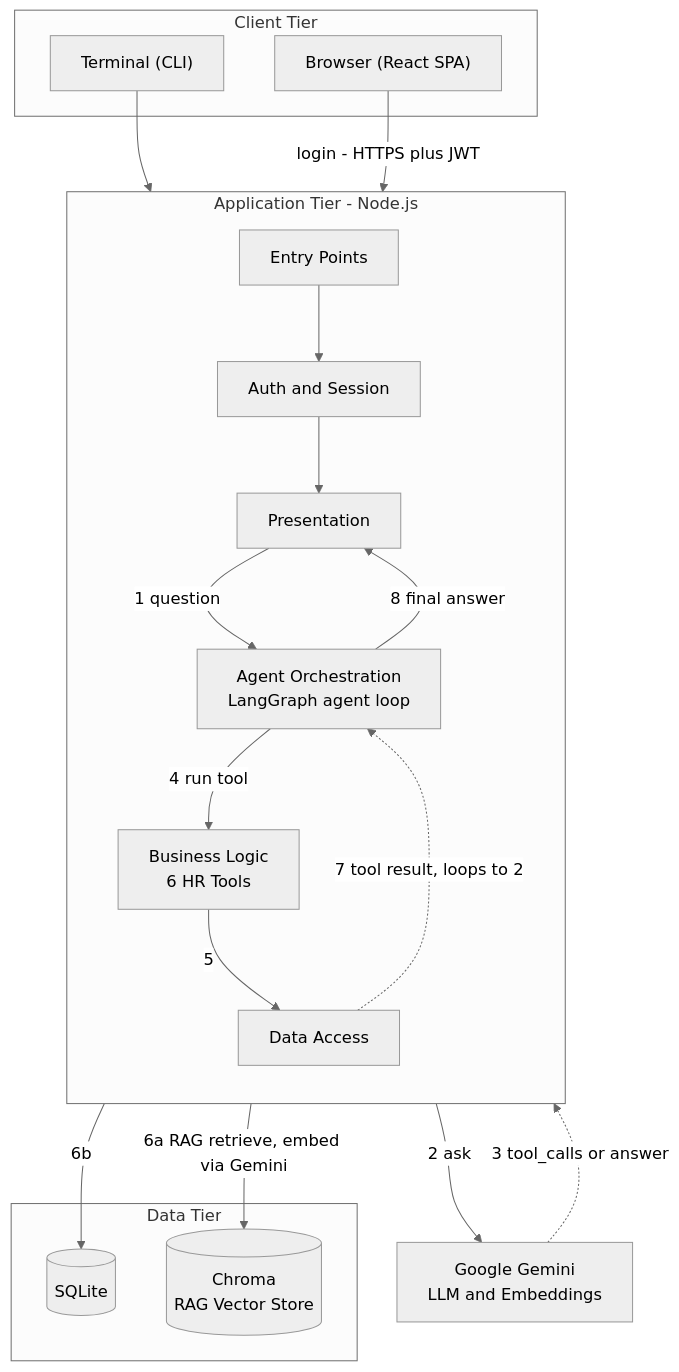
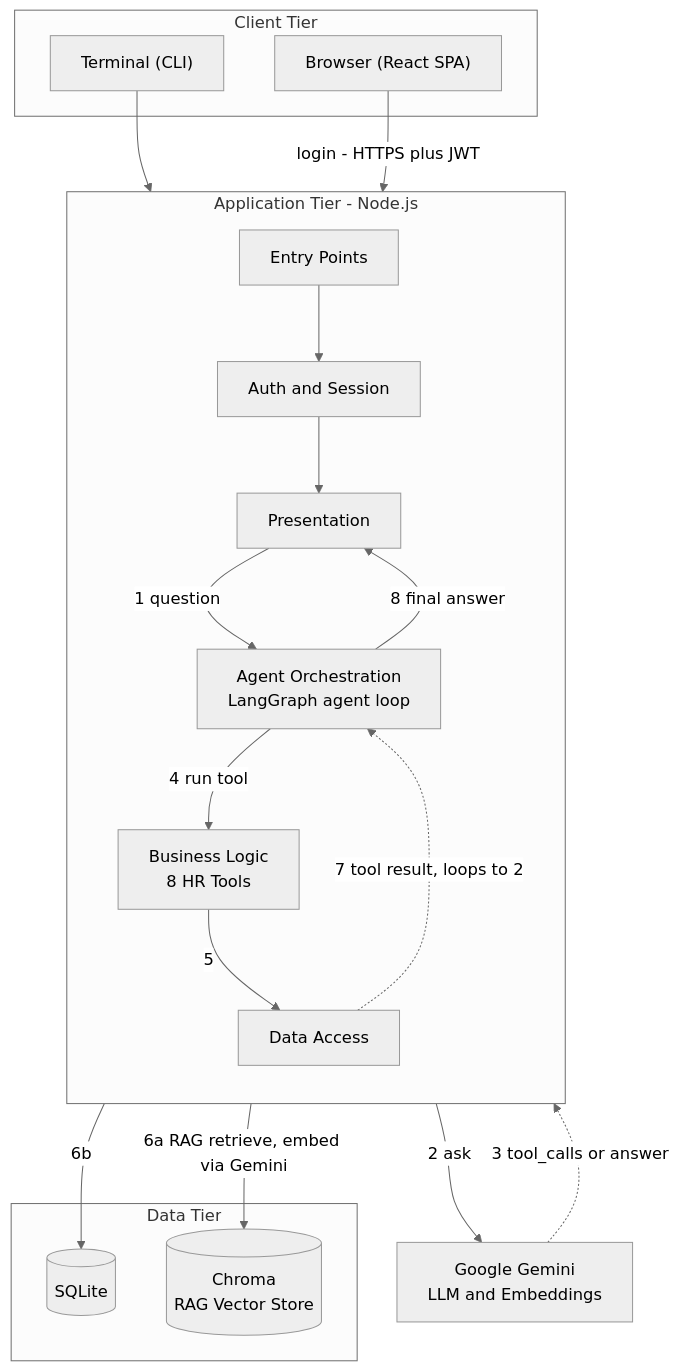
Before and after one commit to Nandhakumar-nk/hr-chat-agent: the diagram in README.md, drawn with Mermaid (neutral theme). The commit also changed other lines of this file and 9 other files, not shown here.

````diff
--- a/README.md
+++ b/README.md
@@ -9,42 +9,42 @@
 ```mermaid
 flowchart TB
     subgraph Client["Client Tier"]
         Terminal["Terminal (CLI)"]
         Browser["Browser (React SPA)"]
     end
 
     subgraph Backend["Application Tier - Node.js"]
         direction TB
         Entry["Entry Points"]
         Auth["Auth and Session"]
         Presentation["Presentation"]
         Orchestration["Agent Orchestration
 LangGraph agent loop"]
         Business["Business Logic
-6 HR Tools"]
+8 HR Tools"]
         DataAccess["Data Access"]
     end
 
     subgraph DataTier["Data Tier"]
         SQLite[("SQLite")]
         Chroma[("Chroma
 RAG Vector Store")]
     end
 
     Gemini["Google Gemini
 LLM and Embeddings"]
 
     Terminal --> Entry
     Browser -- "login - HTTPS plus JWT" --> Entry
     Entry --> Auth
     Auth --> Presentation
     Presentation -- "1 question" --> Orchestration
     Orchestration -- "2 ask" --> Gemini
     Gemini -. "3 tool_calls or answer" .-> Orchestration
     Orchestration -- "4 run tool" --> Business
     Business -- "5" --> DataAccess
     DataAccess -- "6a RAG retrieve, embed via Gemini" --> Chroma
     DataAccess -- "6b" --> SQLite
     DataAccess -. "7 tool result, loops to 2" .-> Orchestration
     Orchestration -- "8 final answer" --> Presentation
 ```
````
